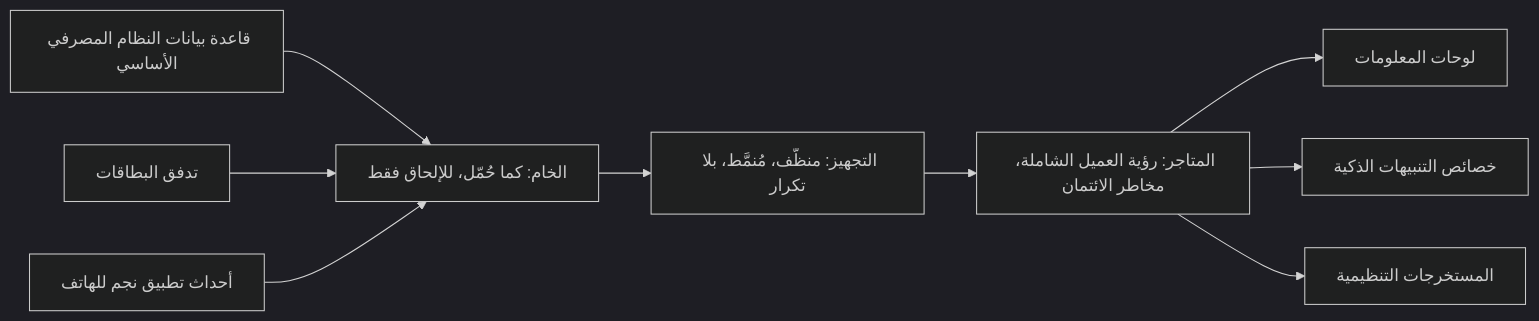
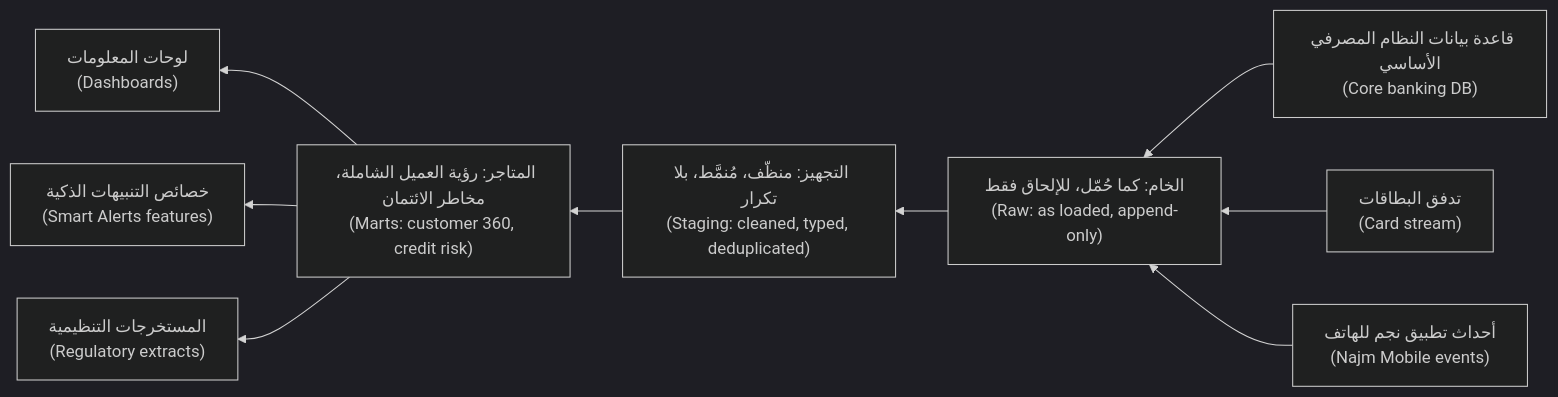
Before and after one commit to Tamoura/system-design-for-vibe-coders: the third of 3 diagrams in data/modules/01-sql-modelling.ar.md, drawn with Mermaid (dark theme). The commit also changed other lines of this file and 20 other files, not shown here.

First line of the commit message:
New courses: Arabic diagrams read right-to-left with English labels (modules 0–6)

````diff
--- a/data/modules/01-sql-modelling.ar.md
+++ b/data/modules/01-sql-modelling.ar.md
@@ -717,11 +717,11 @@
 ```mermaid
-flowchart LR
-    S1["قاعدة بيانات النظام المصرفي الأساسي"] --> R["الخام: كما حُمّل، للإلحاق فقط"]
-    S2["تدفق البطاقات"] --> R
-    S3["أحداث تطبيق نجم للهاتف"] --> R
-    R --> ST["التجهيز: منظّف، مُنمَّط، بلا تكرار"]
-    ST --> M["المتاجر: رؤية العميل الشاملة، مخاطر الائتمان"]
-    M --> C1["لوحات المعلومات"]
-    M --> C2["خصائص التنبيهات الذكية"]
-    M --> C3["المستخرجات التنظيمية"]
+flowchart RL
+    S1["قاعدة بيانات النظام المصرفي الأساسي<br/>(Core banking DB)"] --> R["الخام: كما حُمّل، للإلحاق فقط<br/>(Raw: as loaded, append-only)"]
+    S2["تدفق البطاقات<br/>(Card stream)"] --> R
+    S3["أحداث تطبيق نجم للهاتف<br/>(Najm Mobile events)"] --> R
+    R --> ST["التجهيز: منظّف، مُنمَّط، بلا تكرار<br/>(Staging: cleaned, typed, deduplicated)"]
+    ST --> M["المتاجر: رؤية العميل الشاملة، مخاطر الائتمان<br/>(Marts: customer 360, credit risk)"]
+    M --> C1["لوحات المعلومات<br/>(Dashboards)"]
+    M --> C2["خصائص التنبيهات الذكية<br/>(Smart Alerts features)"]
+    M --> C3["المستخرجات التنظيمية<br/>(Regulatory extracts)"]
 ```
````
